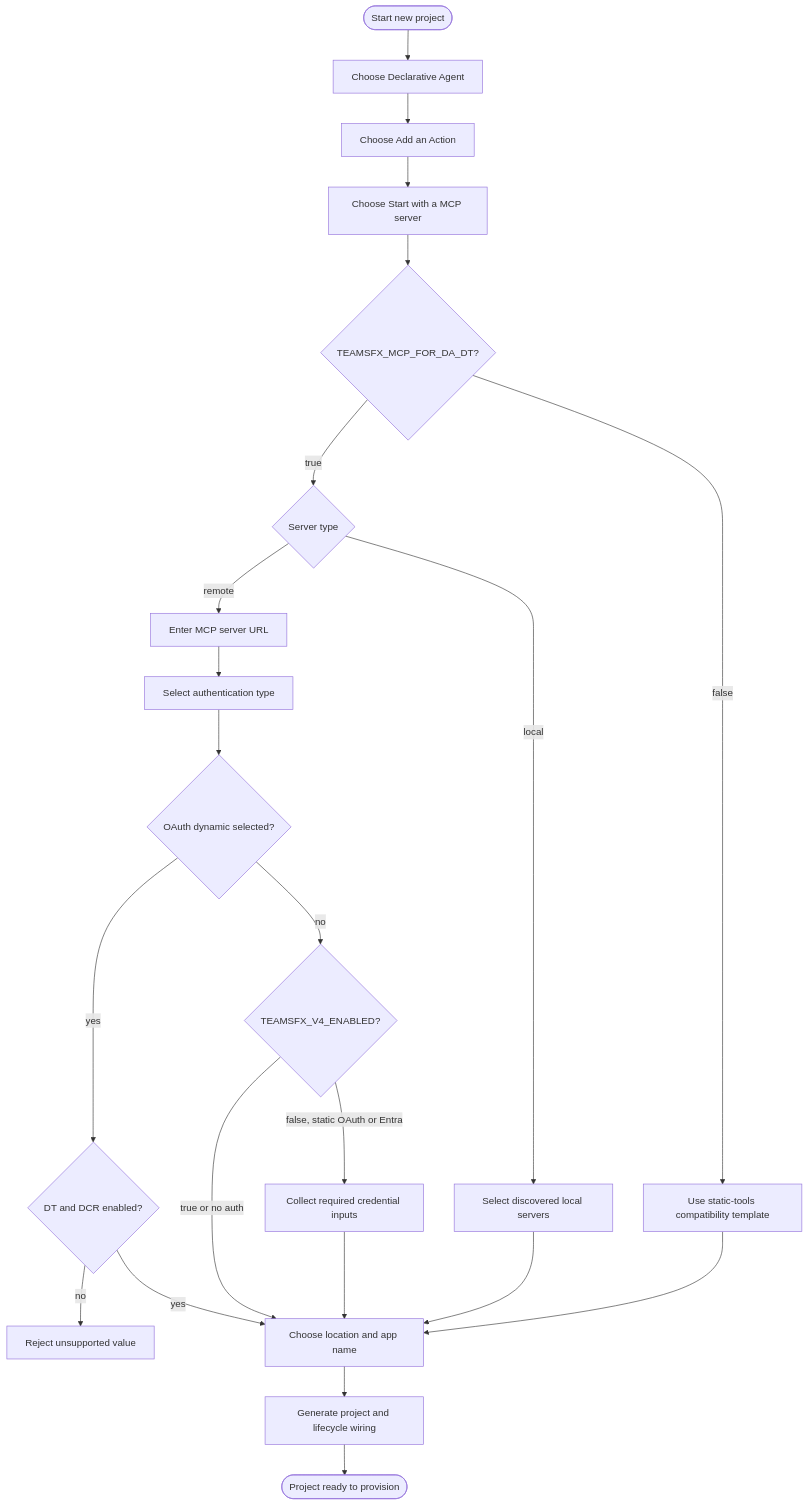
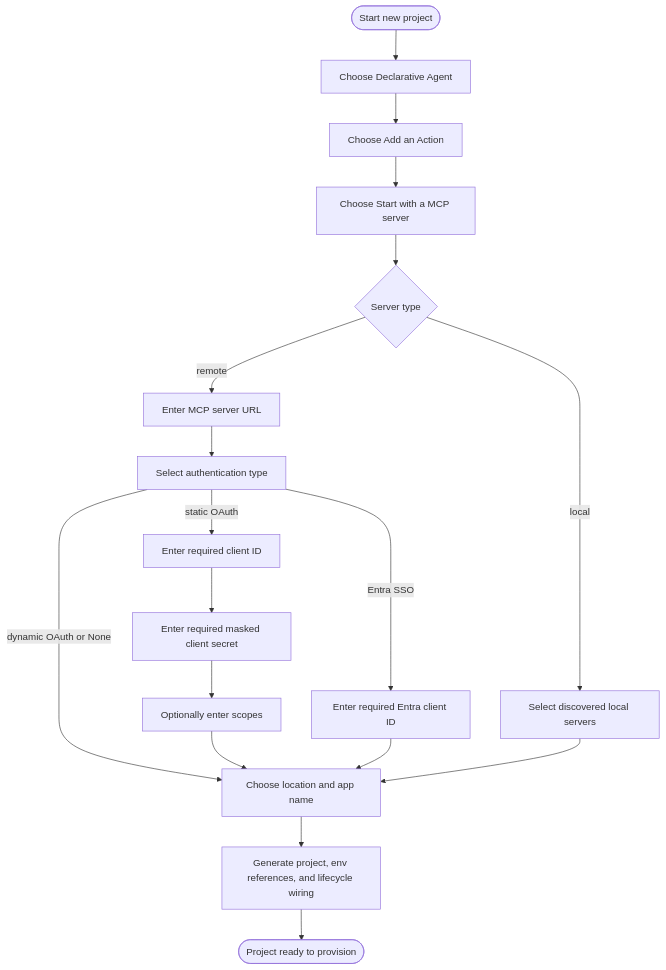
The diagram in docs/01-product/scenarios/da/create-da-with-mcp-server.md (OfficeDev/Teams-Toolkit), drawn with Mermaid before and after one commit. The commit also changed other lines of this file and 39 other files, not shown here.

First line of the commit message:
fix(scaffold): collect V4 MCP auth credentials

````diff
--- a/docs/01-product/scenarios/da/create-da-with-mcp-server.md
+++ b/docs/01-product/scenarios/da/create-da-with-mcp-server.md
@@ -98,24 +104,20 @@
 ```mermaid
 flowchart TD
   Start([Start new project]) --> ChooseDA[Choose Declarative Agent]
   ChooseDA --> AddAction[Choose Add an Action]
   AddAction --> ChooseMCP[Choose Start with a MCP server]
-  ChooseMCP --> DT{TEAMSFX_MCP_FOR_DA_DT?}
-  DT -- false --> Static[Use static-tools compatibility template]
-  DT -- true --> Source{Server type}
+  ChooseMCP --> Source{Server type}
   Source -- local --> Local[Select discovered local servers]
   Source -- remote --> URL[Enter MCP server URL]
   URL --> Auth[Select authentication type]
-  Auth --> DCR{OAuth dynamic selected?}
-  DCR -- yes --> Gate{DT and DCR enabled?}
-  Gate -- no --> Invalid[Reject unsupported value]
-  Gate -- yes --> Project
-  DCR -- no --> Engine{TEAMSFX_V4_ENABLED?}
-  Engine -- false, static OAuth or Entra --> Credentials[Collect required credential inputs]
-  Engine -- true or no auth --> Project[Choose location and app name]
-  Credentials --> Project
+  Auth -- static OAuth --> OAuthId[Enter required client ID]
+  OAuthId --> Secret[Enter required masked client secret]
+  Secret --> Scopes[Optionally enter scopes]
+  Auth -- Entra SSO --> EntraId[Enter required Entra client ID]
+  Auth -- dynamic OAuth or None --> Project[Choose location and app name]
+  Scopes --> Project
+  EntraId --> Project
   Local --> Project
-  Static --> Project
-  Project --> Generate[Generate project and lifecycle wiring]
+  Project --> Generate[Generate project, env references, and lifecycle wiring]
   Generate --> Complete([Project ready to provision])
 ```
````
